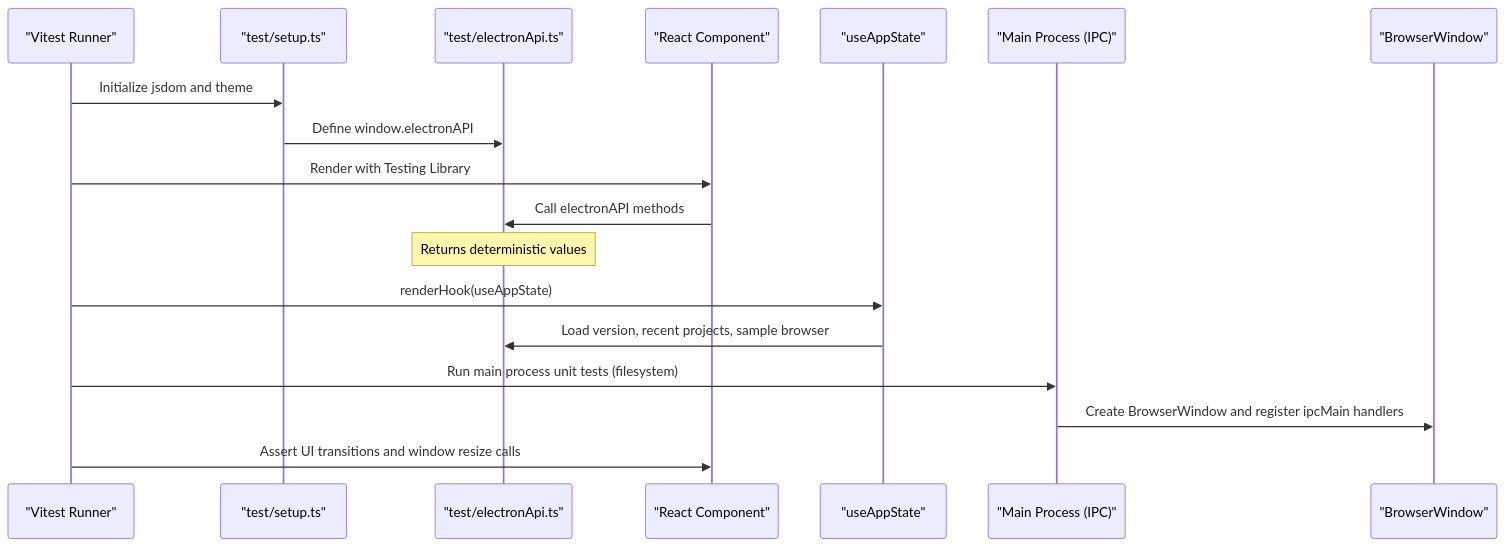
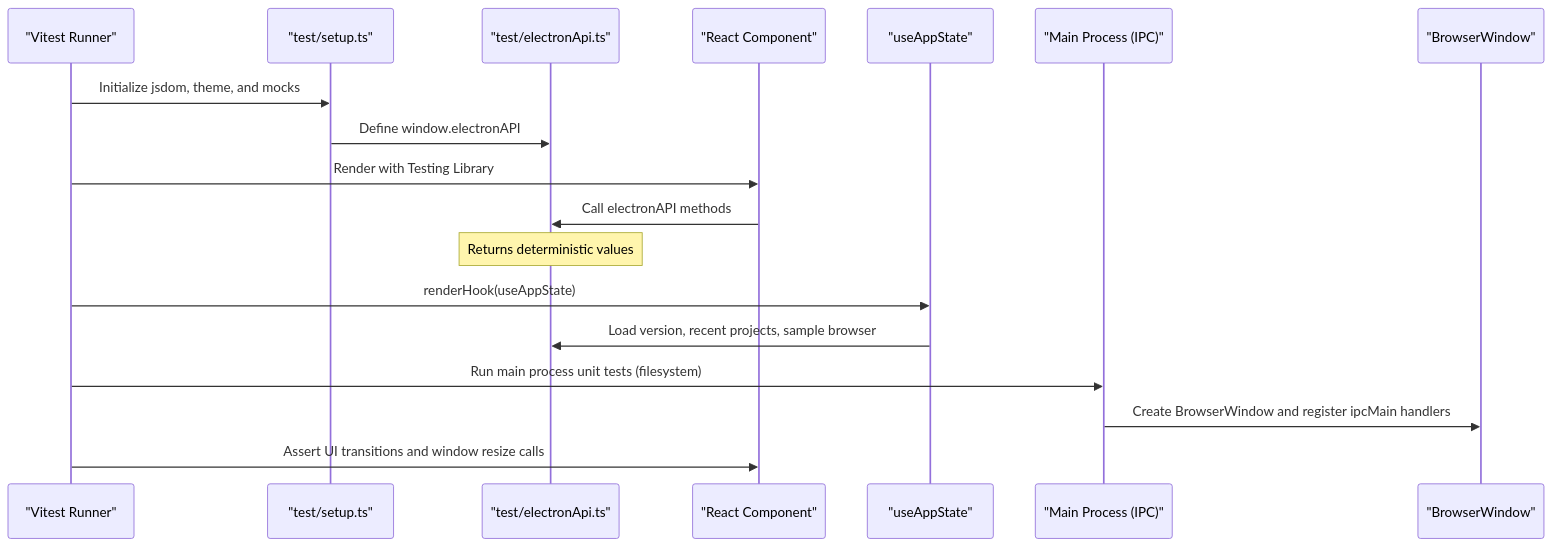
The second of 10 diagrams in .qoder/repowiki/en/content/Testing Strategy.md (satyrlord/mixjam-electron), drawn with Mermaid before and after one commit. The commit also changed other lines of this file and 14 other files, not shown here.

````diff
--- a/.qoder/repowiki/en/content/Testing Strategy.md
+++ b/.qoder/repowiki/en/content/Testing Strategy.md
@@ -141,20 +178,20 @@
 ```mermaid
 sequenceDiagram
 participant Test as "Vitest Runner"
 participant Setup as "test/setup.ts"
 participant Mock as "test/electronApi.ts"
 participant Comp as "React Component"
 participant Hook as "useAppState"
 participant Main as "Main Process (IPC)"
 participant Win as "BrowserWindow"
-Test->>Setup : Initialize jsdom and theme
+Test->>Setup : Initialize jsdom, theme, and mocks
 Setup->>Mock : Define window.electronAPI
 Test->>Comp : Render with Testing Library
 Comp->>Mock : Call electronAPI methods
 Note over Mock : Returns deterministic values
 Test->>Hook : renderHook(useAppState)
 Hook->>Mock : Load version, recent projects, sample browser
 Test->>Main : Run main process unit tests (filesystem)
 Main->>Win : Create BrowserWindow and register ipcMain handlers
 Test->>Comp : Assert UI transitions and window resize calls
 ```
````
